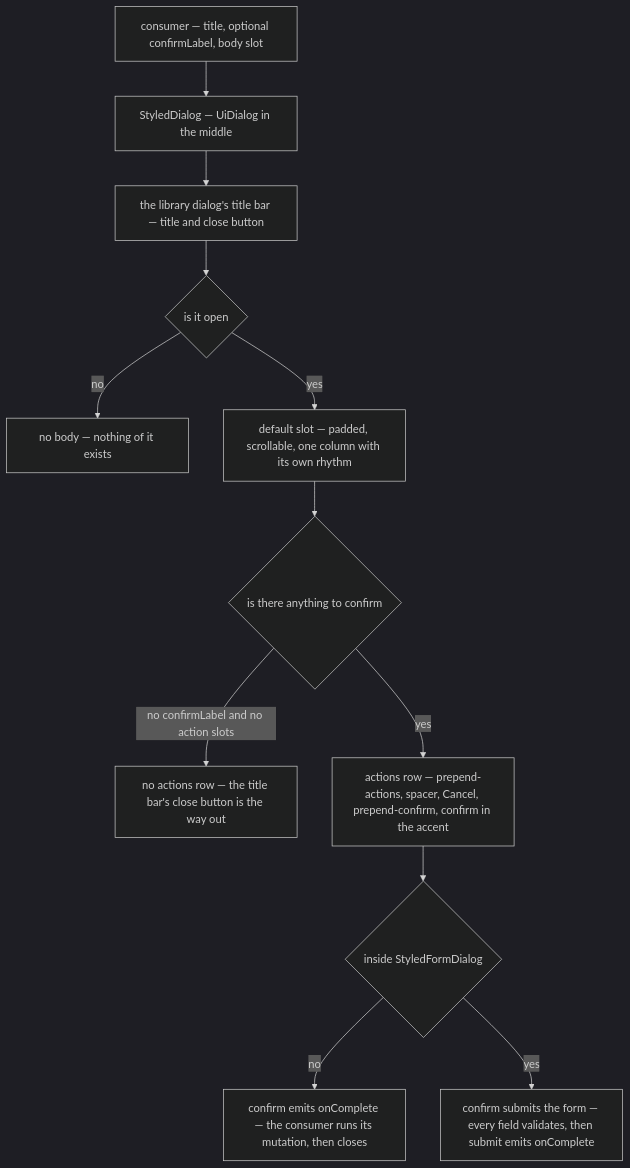
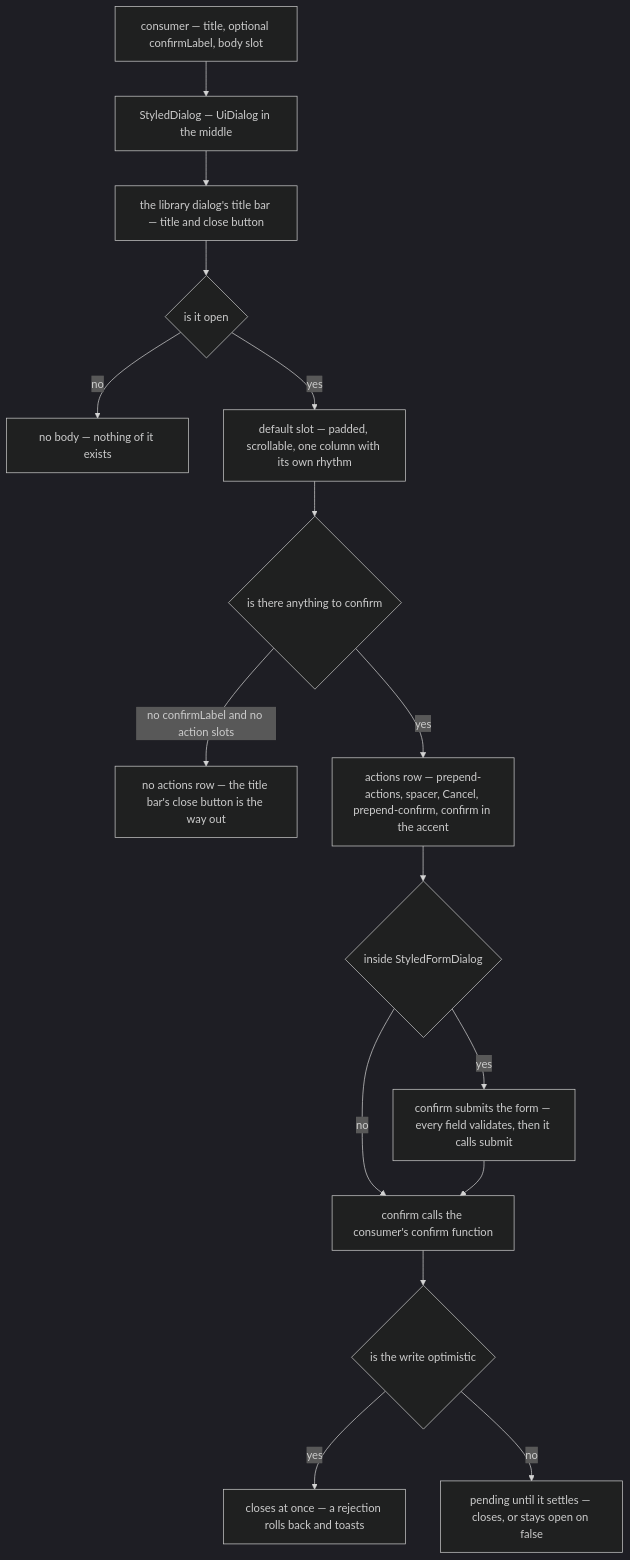
Before and after one commit to Esposter/Esposter: the diagram in apps/web/content/docs/architecture/dialog-shell.md, drawn with Mermaid (dark theme). The commit also changed other lines of this file and 88 other files, not shown here.

````diff
--- a/apps/web/content/docs/architecture/dialog-shell.md
+++ b/apps/web/content/docs/architecture/dialog-shell.md
@@ -16,14 +16,18 @@
 ```mermaid
 flowchart TD
   CONSUMER["consumer — title, optional confirmLabel, body slot"] --> SHELL["StyledDialog — UiDialog in the middle"]
   SHELL --> HEADER["the library dialog's title bar — title and close button"]
   HEADER --> OPEN{"is it open"}
   OPEN -->|"no"| NOTHING["no body — nothing of it exists"]
   OPEN -->|"yes"| BODY["default slot — padded, scrollable, one column with its own rhythm"]
   BODY --> HASACTIONS{"is there anything to confirm"}
   HASACTIONS -->|"no confirmLabel and no action slots"| CLOSE["no actions row — the title bar's close button is the way out"]
   HASACTIONS -->|"yes"| ACTIONS["actions row — prepend-actions, spacer, Cancel, prepend-confirm, confirm in the accent"]
   ACTIONS --> FORM{"inside StyledFormDialog"}
-  FORM -->|"no"| CONFIRM["confirm emits onComplete — the consumer runs its mutation, then closes"]
-  FORM -->|"yes"| SUBMIT["confirm submits the form — every field validates, then submit emits onComplete"]
+  FORM -->|"no"| ANSWER["confirm calls the consumer's confirm function"]
+  FORM -->|"yes"| SUBMIT["confirm submits the form — every field validates, then it calls submit"]
+  SUBMIT --> ANSWER
+  ANSWER --> MODE{"is the write optimistic"}
+  MODE -->|"yes"| GONE["closes at once — a rejection rolls back and toasts"]
+  MODE -->|"no"| PENDING["pending until it settles — closes, or stays open on false"]
 ```
````
